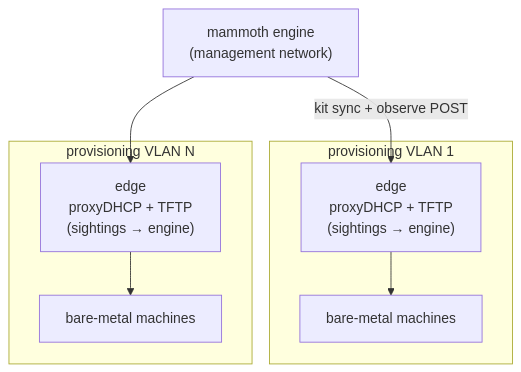
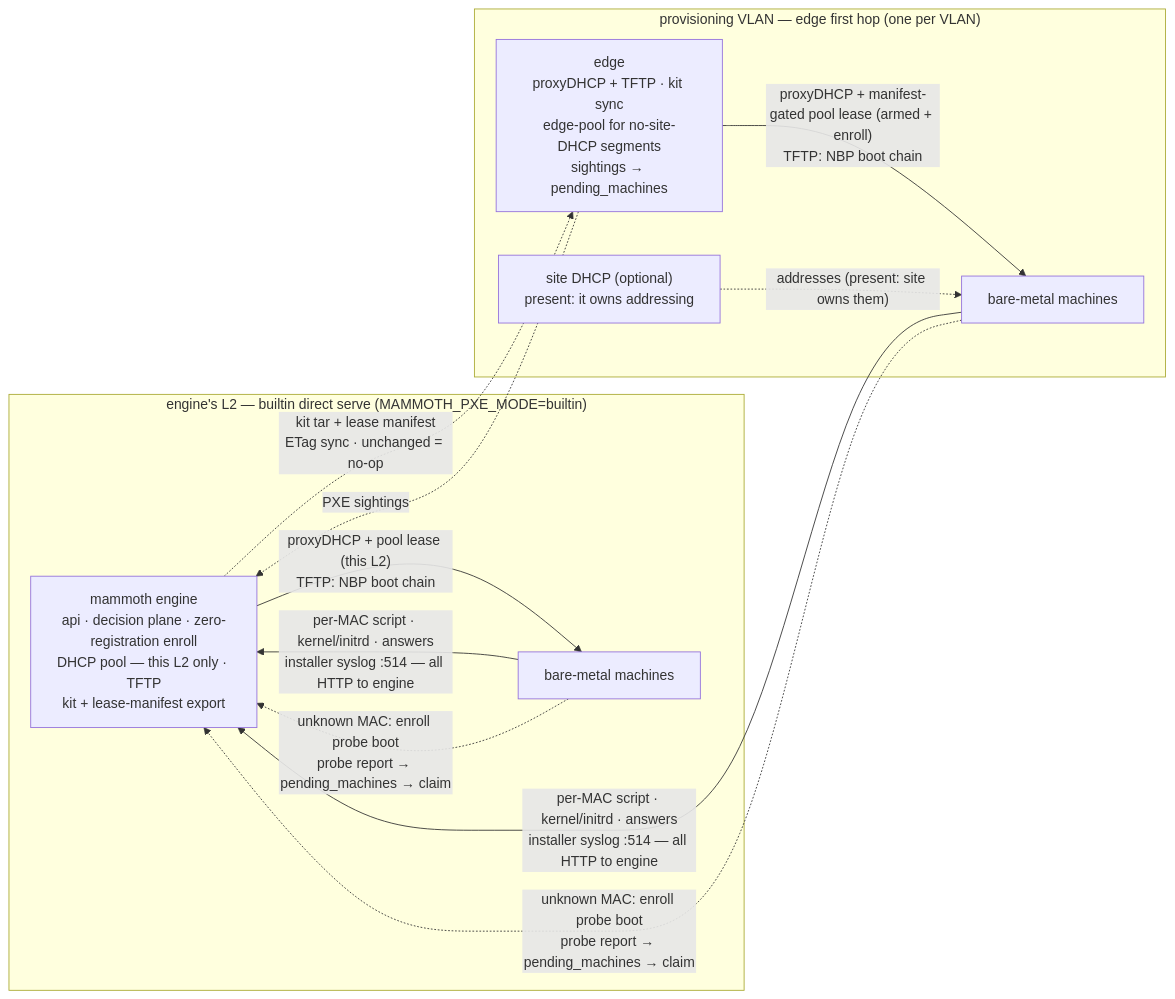
The third of 4 diagrams in README.md (3th1nk/mammoth), drawn with Mermaid before and after one commit. The commit also changed other lines of this file and 1 other file, not shown here.

First line of the commit message:
docs(readme): 跨网段章节改混合架构图——中英同步,节点功能 + 数据流 + enroll 流

````diff
--- a/README.md
+++ b/README.md
@@ -184,16 +189,22 @@
 ```mermaid
-flowchart TD
-    eng["mammoth engine<br/>(management network)"]
-    subgraph V1["provisioning VLAN 1"]
-        a1["edge<br/>proxyDHCP + TFTP<br/>(sightings → engine)"]
-        m1["bare-metal machines"]
+flowchart LR
+    subgraph L2A["engine's L2 — builtin direct serve (MAMMOTH_PXE_MODE=builtin)"]
+        eng["mammoth engine<br/>api · decision plane · zero-registration enroll<br/>DHCP pool — this L2 only · TFTP<br/>kit + lease-manifest export"]
+        mA["bare-metal machines"]
     end
-    subgraph V2["provisioning VLAN N"]
-        aN["edge<br/>proxyDHCP + TFTP<br/>(sightings → engine)"]
-        mN["bare-metal machines"]
+    subgraph L2B["provisioning VLAN — edge first hop (one per VLAN)"]
+        edge["edge<br/>proxyDHCP + TFTP · kit sync<br/>edge-pool for no-site-DHCP segments<br/>sightings → pending_machines"]
+        sdhcp["site DHCP (optional)<br/>present: it owns addressing"]
+        mB["bare-metal machines"]
     end
-    eng -->|kit sync + observe POST| a1
-    eng --> aN
-    a1 --> m1
-    aN --> mN
+
+    eng -->|"proxyDHCP + pool lease (this L2)<br/>TFTP: NBP boot chain"| mA
+    mA -->|"per-MAC script · kernel/initrd · answers<br/>installer syslog :514 — all HTTP to engine"| eng
+    mA -.->|"unknown MAC: enroll probe boot<br/>probe report → pending_machines → claim"| eng
+    eng -.->|"kit tar + lease manifest<br/>ETag sync · unchanged = no-op"| edge
+    edge -->|"proxyDHCP + manifest-gated pool lease (armed + enroll)<br/>TFTP: NBP boot chain"| mB
+    sdhcp -.->|"addresses (present: site owns them)"| mB
+    mB -->|"per-MAC script · kernel/initrd · answers<br/>installer syslog :514 — all HTTP to engine"| eng
+    mB -.->|"unknown MAC: enroll probe boot<br/>probe report → pending_machines → claim"| eng
+    edge -.->|"PXE sightings"| eng
 ```
````
